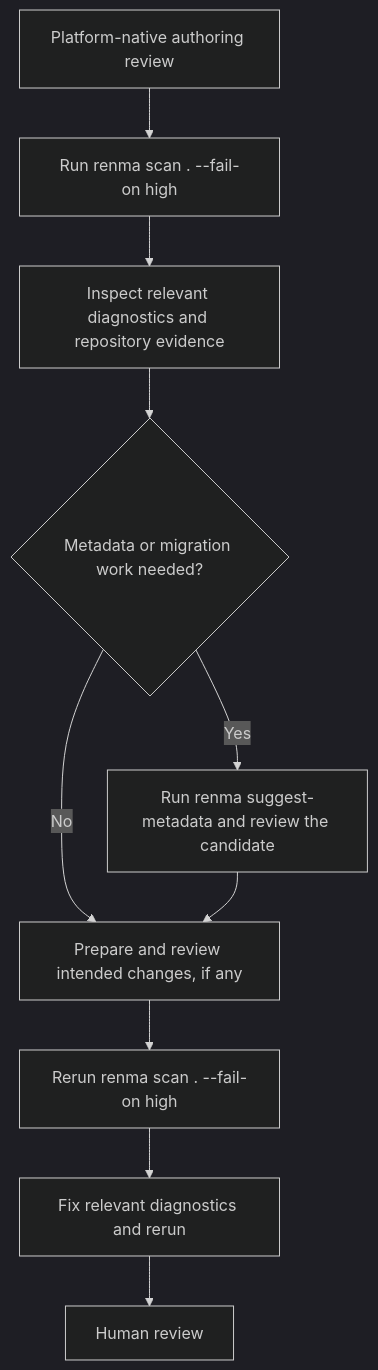
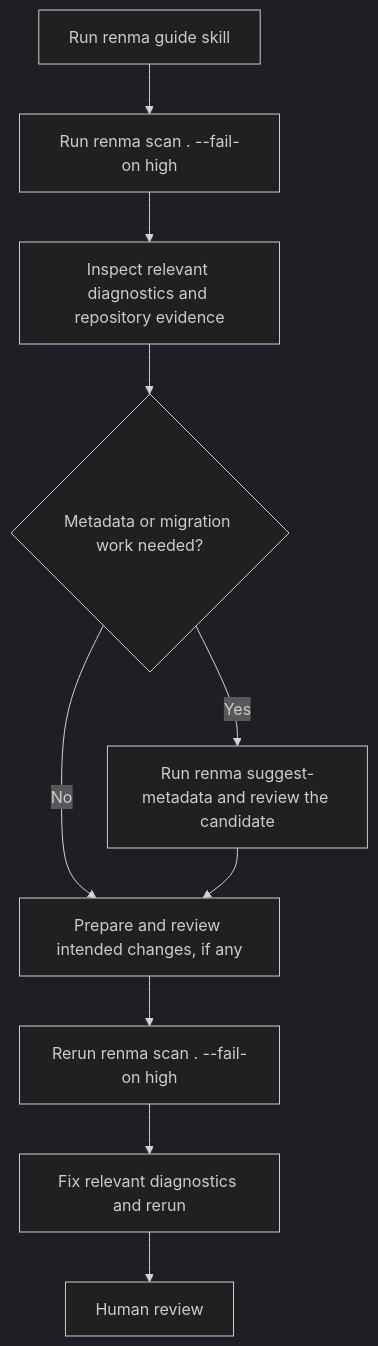
One commit to KazuCocoa/renma changed the second of 2 diagrams in docs/user-manual.md. Above: the diagram before and after it, drawn with Mermaid (dark theme). The commit also changed other lines of this file and 23 other files, not shown here.

````diff
--- a/docs/user-manual.md
+++ b/docs/user-manual.md
@@ -312,12 +325,12 @@
 ```mermaid
 flowchart TD
-  Authoring["Platform-native authoring review"] --> Scan["Run renma scan . --fail-on high"]
+  Guide["Run renma guide skill"] --> Scan["Run renma scan . --fail-on high"]
   Scan --> Evidence["Inspect relevant diagnostics and repository evidence"]
   Evidence --> NeedMetadata{"Metadata or migration work needed?"}
   NeedMetadata -- Yes --> Suggest["Run renma suggest-metadata and review the candidate"]
   NeedMetadata -- No --> Prepare["Prepare and review intended changes, if any"]
   Suggest --> Prepare
   Prepare --> Validate["Rerun renma scan . --fail-on high"]
   Validate --> Fix["Fix relevant diagnostics and rerun"]
   Fix --> Review["Human review"]
 ```
````
